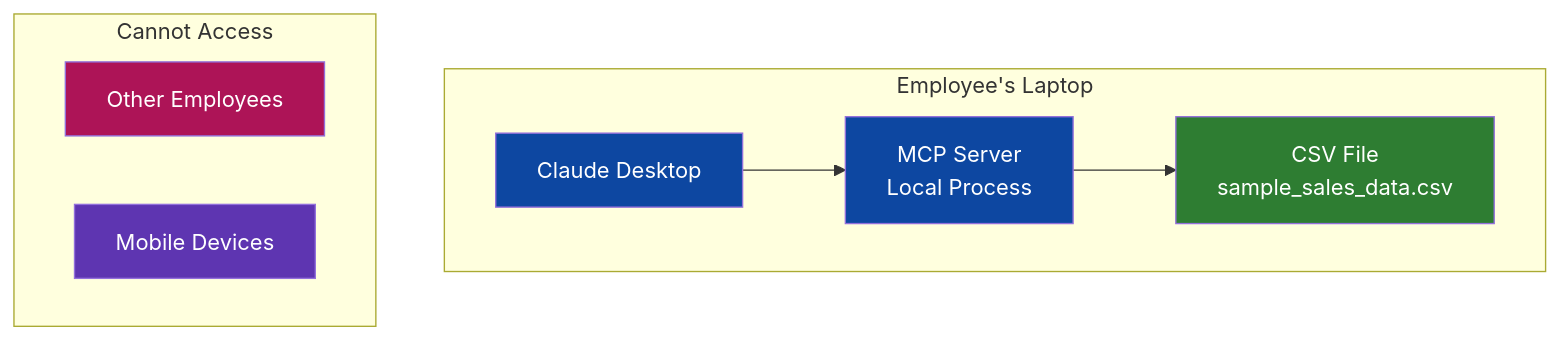
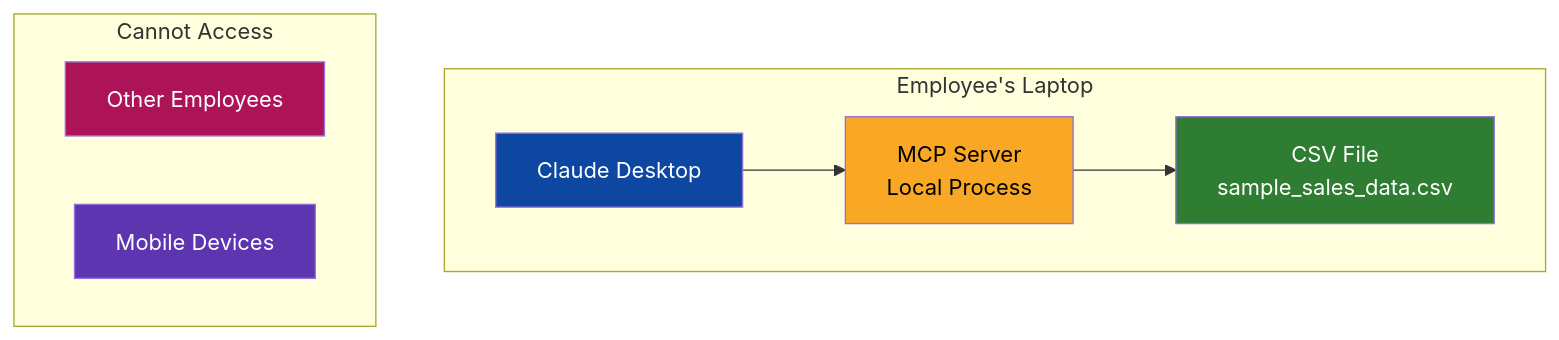
One commit to SamyamoyRakshitSigmoid/MCP-Exploration changed the second of 15 diagrams in AWS_DEPLOYMENT_EXECUTIVE_GUIDE.md. Above: the diagram before and after it, drawn with Mermaid.

Commit message:
style: Update color of diagram element B for improved visibility

````diff
--- a/AWS_DEPLOYMENT_EXECUTIVE_GUIDE.md
+++ b/AWS_DEPLOYMENT_EXECUTIVE_GUIDE.md
@@ -76,18 +76,18 @@
 ```mermaid
 graph TB
     subgraph "Employee's Laptop"
         A[Claude Desktop] --> B[MCP Server<br/>Local Process]
         B --> C[CSV File<br/>sample_sales_data.csv]
     end
     
     subgraph "Cannot Access"
         D[Other Employees]
         E[Mobile Devices]
     end
     
     style A fill:#0d47a1,color:#fff
-    style B fill:#0d47a1,color:#fff
+    style B fill:#f9a825,color:#000
     style C fill:#2e7d32,color:#fff
     style D fill:#ad1457,color:#fff
     style E fill:#5e35b1,color:#fff
 ```
````
